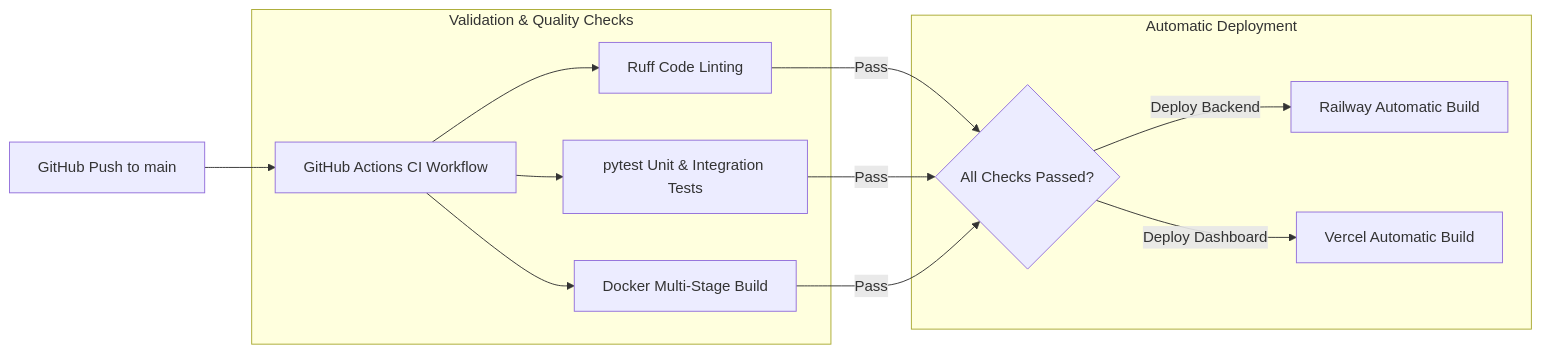
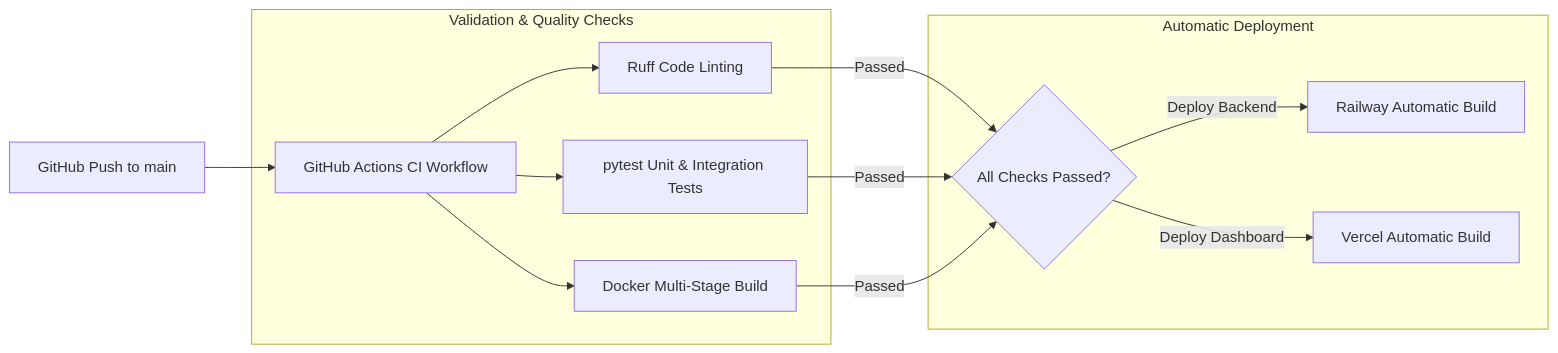
The eighth of 10 diagrams in README.md (adarshthakur9240/Isolyth), drawn with Mermaid before and after one commit. The commit also changed other lines of this file, not shown here.

Commit message:
fix(docs): quote all Mermaid edge labels and clean classDiagram syntax for GitHub rich display

````diff
--- a/README.md
+++ b/README.md
@@ -250,19 +250,19 @@
 ```mermaid
 flowchart LR
     Push["GitHub Push to main"] --> Workflow["GitHub Actions CI Workflow"]
     
     subgraph TestingPhase["Validation & Quality Checks"]
         Workflow --> Lint["Ruff Code Linting"]
         Workflow --> Pytest["pytest Unit & Integration Tests"]
         Workflow --> ContainerBuild["Docker Multi-Stage Build"]
     end
     
-    Lint -->|Pass| Deploy
-    Pytest -->|Pass| Deploy
-    ContainerBuild -->|Pass| Deploy{"All Checks Passed?"}
+    Lint -->|"Passed"| Deploy
+    Pytest -->|"Passed"| Deploy
+    ContainerBuild -->|"Passed"| Deploy{"All Checks Passed?"}
     
     subgraph DeployPhase["Automatic Deployment"]
-        Deploy -->|Deploy Backend| RailwayDeploy["Railway Automatic Build"]
-        Deploy -->|Deploy Dashboard| VercelDeploy["Vercel Automatic Build"]
+        Deploy -->|"Deploy Backend"| RailwayDeploy["Railway Automatic Build"]
+        Deploy -->|"Deploy Dashboard"| VercelDeploy["Vercel Automatic Build"]
     end
 ```
````
